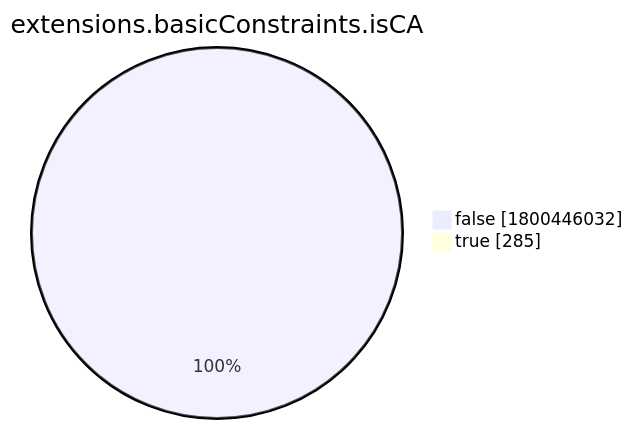
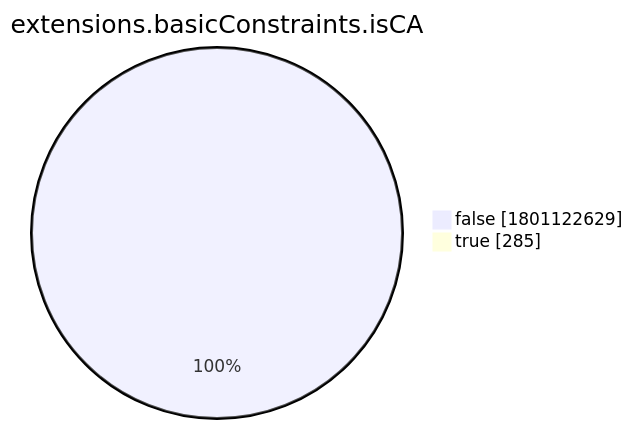
Before and after one commit to christiankrug/ctmonitor_visualization: the eighth of 15 diagrams in xenon2022/README.md, drawn with Mermaid. The commit also changed other lines of this file, not shown here.

````diff
--- a/xenon2022/README.md
+++ b/xenon2022/README.md
@@ -2868,6 +2868,6 @@
 ```mermaid
 pie showData
 title extensions.basicConstraints.isCA
-"false" :1800446032
+"false" :1801122629
 "true" :285
 ```
````
